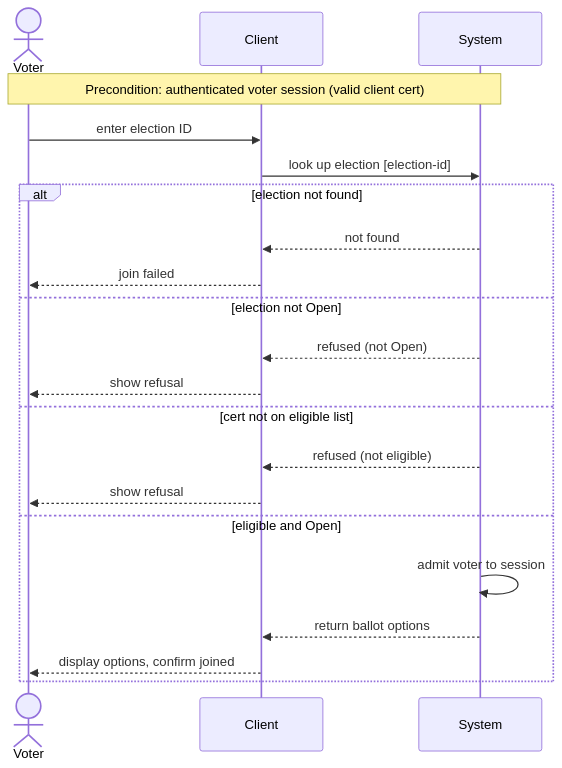
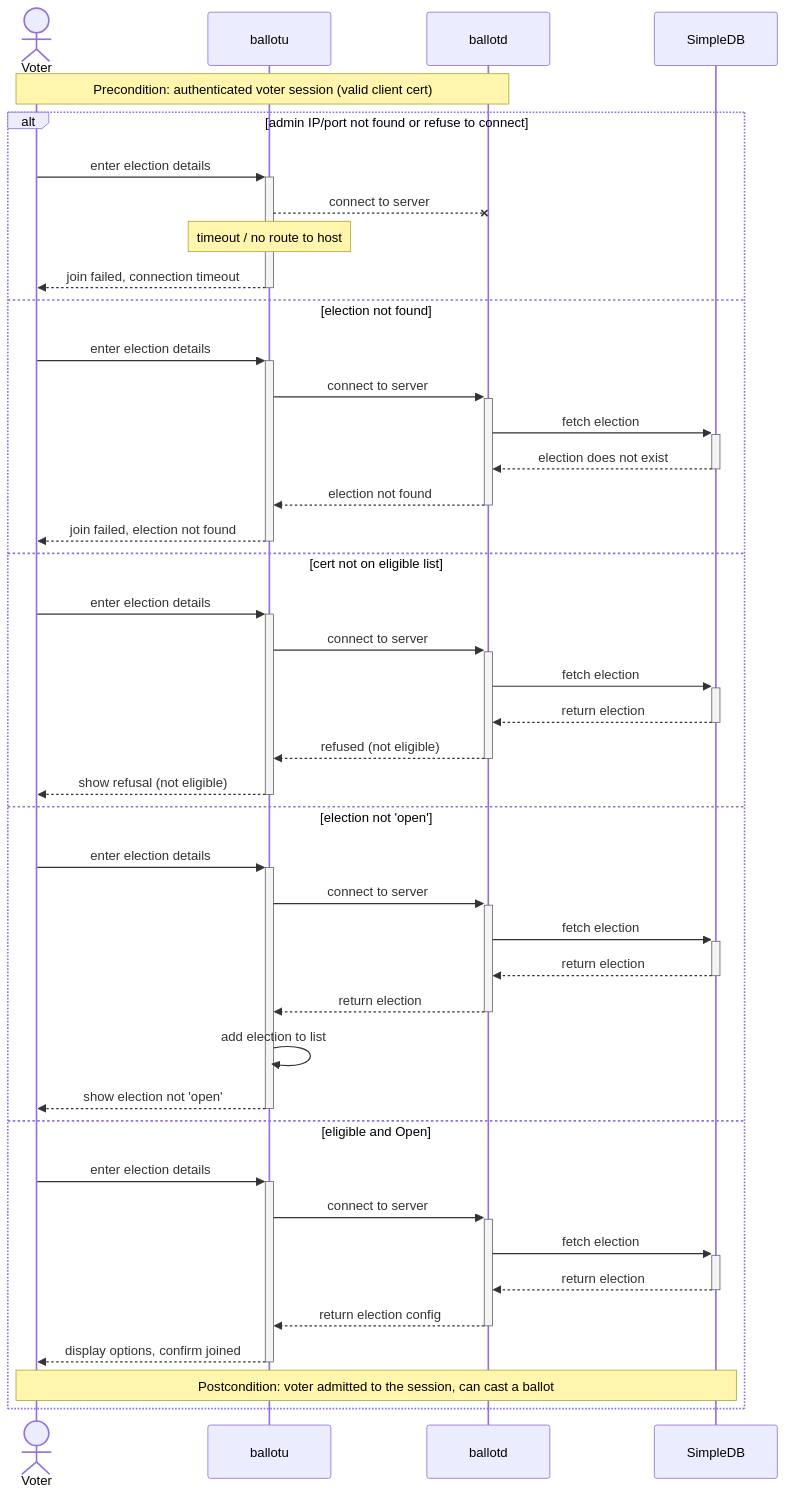
The third of 8 diagrams in README.md (JediNakDev/ballotbox), drawn with Mermaid before and after one commit. The commit also changed other lines of this file, not shown here.

Commit message:
docs: architecture detail

````diff
--- a/README.md
+++ b/README.md
@@ -126,25 +139,46 @@
 ```mermaid
 sequenceDiagram
     actor Voter
-    participant Client
-    participant System
+    participant ballotu
+    participant ballotd
+    participant SimpleDB
 
-    note over Voter,System: Precondition: authenticated voter session (valid client cert)
+    note over Voter,ballotd: Precondition: authenticated voter session (valid client cert)
 
-    Voter->>Client: enter election ID
-    Client->>System: look up election [election-id]
-    alt election not found
-        System-->>Client: not found
-        Client-->>Voter: join failed
-    else election not Open
-        System-->>Client: refused (not Open)
-        Client-->>Voter: show refusal
+    alt admin IP/port not found or refuse to connect
+        Voter->>+ballotu: enter election details
+        ballotu--xballotd: connect to server
+        note over ballotu: timeout / no route to host
+        ballotu-->>-Voter: join failed, connection timeout
+    else election not found
+        Voter->>+ballotu: enter election details
+        ballotu->>+ballotd: connect to server
+        ballotd->>+SimpleDB: fetch election
+        SimpleDB-->>-ballotd: election does not exist
+        ballotd-->>-ballotu: election not found
+        ballotu-->>-Voter: join failed, election not found
     else cert not on eligible list
-        System-->>Client: refused (not eligible)
-        Client-->>Voter: show refusal
+        Voter->>+ballotu: enter election details
+        ballotu->>+ballotd: connect to server
+        ballotd->>+SimpleDB: fetch election
+        SimpleDB-->>-ballotd: return election
+        ballotd-->>-ballotu: refused (not eligible)
+        ballotu-->>-Voter: show refusal (not eligible)
+    else election not 'open'
+        Voter->>+ballotu: enter election details
+        ballotu->>+ballotd: connect to server
+        ballotd->>+SimpleDB: fetch election
+        SimpleDB-->>-ballotd: return election
+        ballotd-->>-ballotu: return election
+        ballotu->>ballotu: add election to list
+        ballotu-->>-Voter: show election not 'open'
     else eligible and Open
-        System->>System: admit voter to session
-        System-->>Client: return ballot options
-        Client-->>Voter: display options, confirm joined
+        Voter->>+ballotu: enter election details
+        ballotu->>+ballotd: connect to server
+        ballotd->>+SimpleDB: fetch election
+        SimpleDB-->>-ballotd: return election
+        ballotd-->>-ballotu: return election config
+        ballotu-->>-Voter: display options, confirm joined
+        note over Voter,SimpleDB: Postcondition: voter admitted to the session, can cast a ballot
     end
 ```
````
